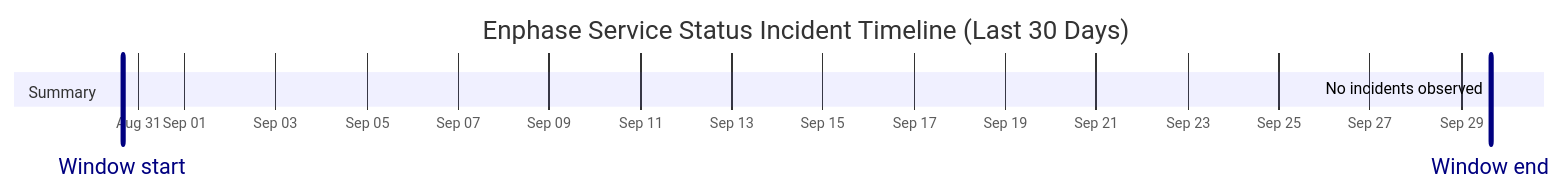
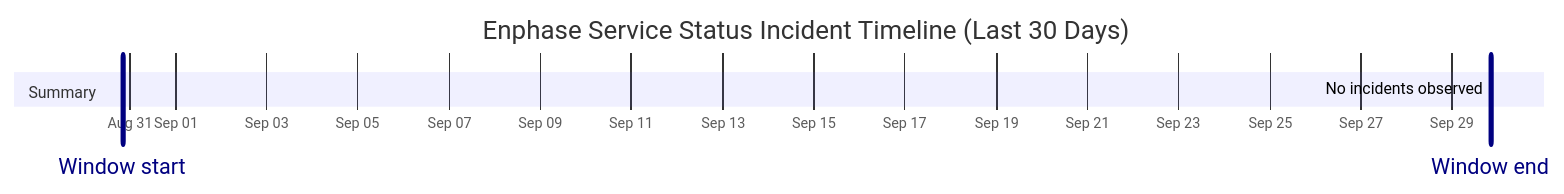
Before and after one commit to barneyonline/ha-enphase-energy: the diagram in wiki/Service-Status-History.md, drawn with Mermaid. The commit also changed other lines of this file and 3 other files, not shown here.

````diff
--- a/wiki/Service-Status-History.md
+++ b/wiki/Service-Status-History.md
@@ -14,10 +14,10 @@
 ```mermaid
 gantt
     title Enphase Service Status Incident Timeline (Last 30 Days)
     dateFormat  YYYY-MM-DDTHH:mm:ss
     axisFormat  %b %d
-    Window start :vert, window-start, 2026-08-30T15:21:44, 0ms
-    Window end :vert, window-end, 2026-09-29T15:21:44, 0ms
+    Window start :vert, window-start, 2026-08-30T20:06:50, 0ms
+    Window end :vert, window-end, 2026-09-29T20:06:50, 0ms
     section Summary
-    No incidents observed :done, 2026-09-29T15:21:44, 1m
+    No incidents observed :done, 2026-09-29T20:06:50, 1m
 ```
````
